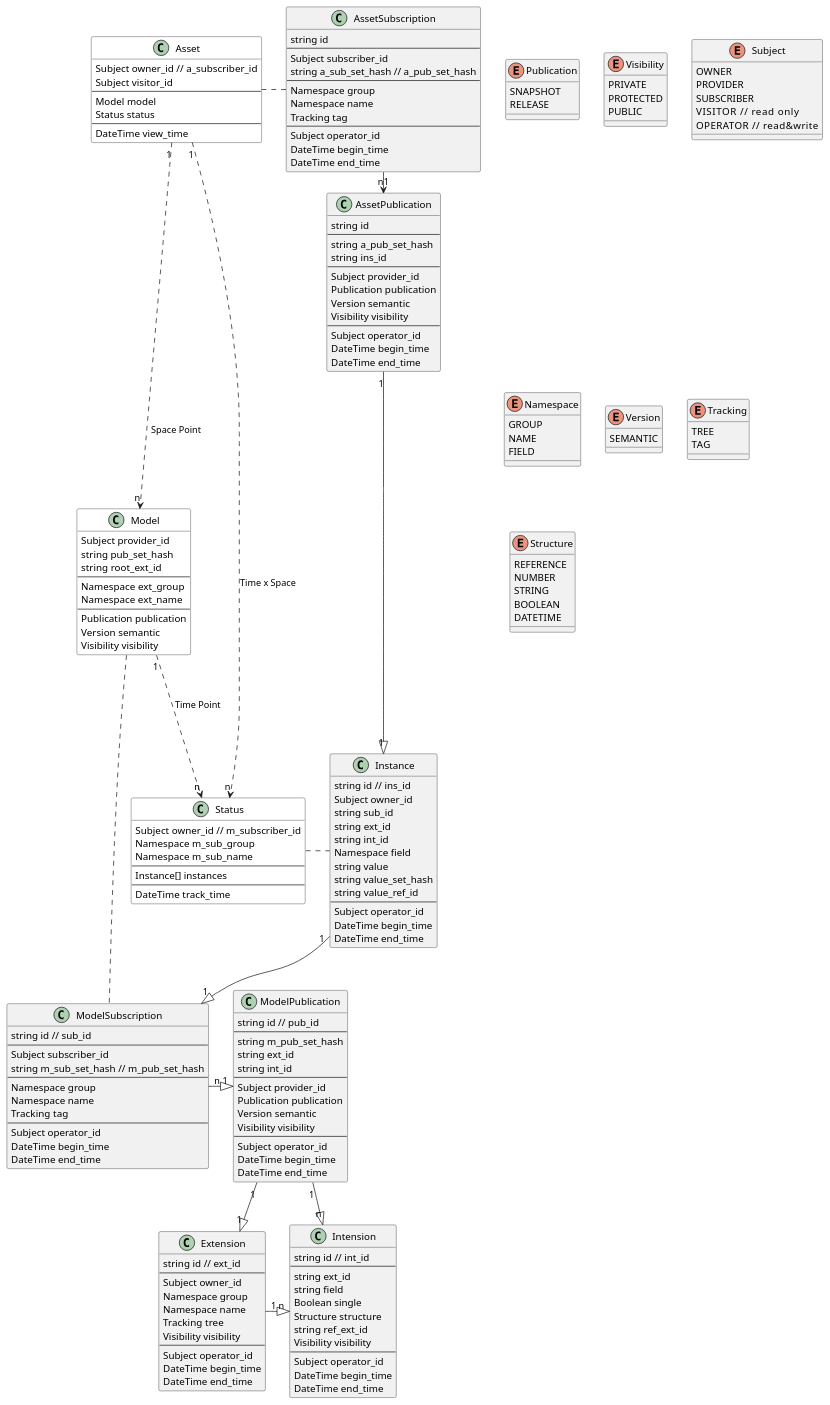
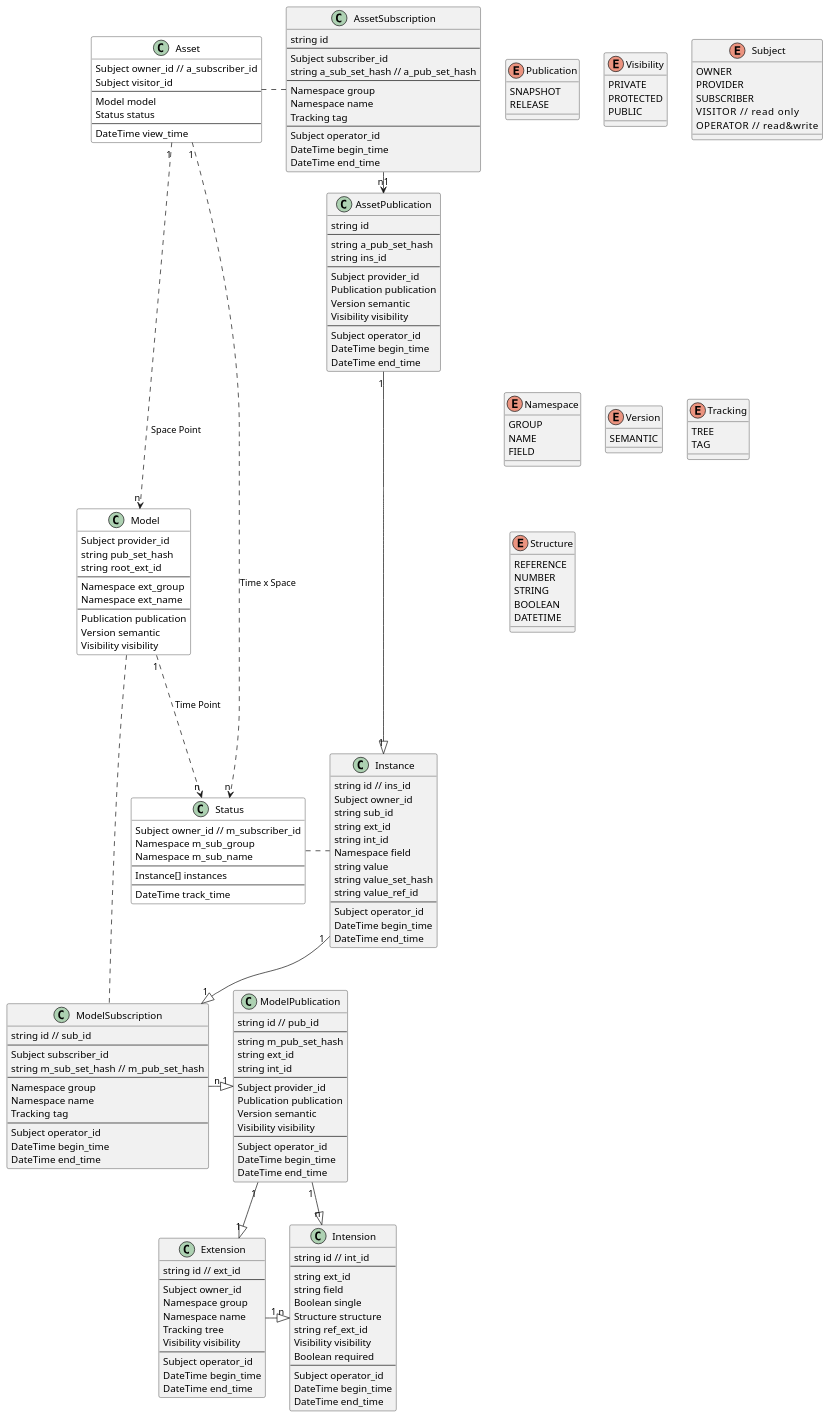
One commit to SINeWang/kiimate changed the diagram in kiimate.puml. Above: the diagram before and after it, drawn with PlantUML. The commit also changed 1 other file, not shown here.

Commit message:
update intension concept model, add required

```diff
--- a/kiimate.puml
+++ b/kiimate.puml
@@ -117,6 +117,7 @@
     Structure structure
     string ref_ext_id
     Visibility visibility
+    Boolean required
     ---
     Subject operator_id
     DateTime begin_time
```
